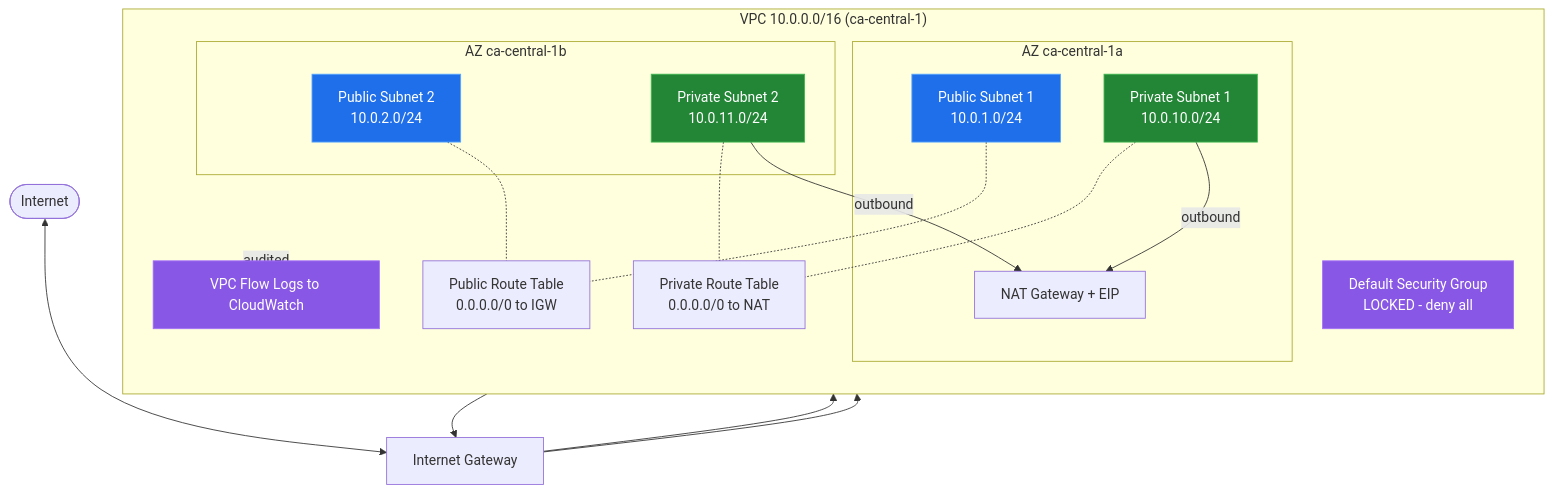
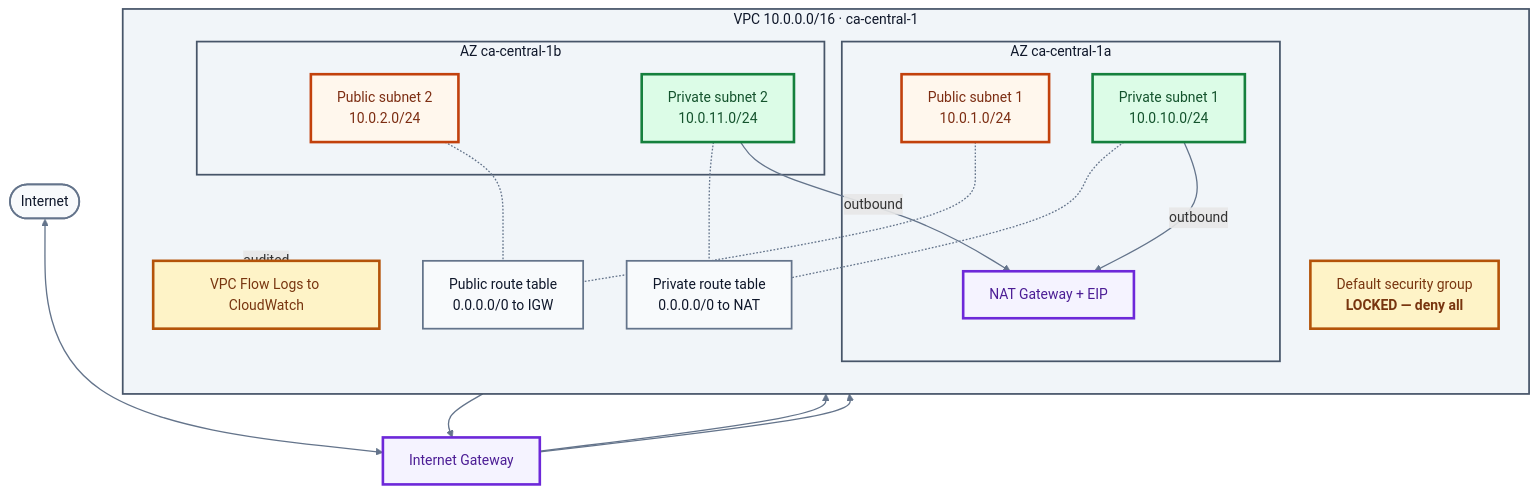
The diagram in README.md (sadvi11/aws-vpc-terraform), drawn with Mermaid before and after one commit.

Commit message:
docs: make the architecture diagram readable on a phone and in both themes
Verified by rendering with mermaid-cli 11 in the light and dark themes, not
by eye.

Direction: long left-to-right chains render as hairlines on a narrow screen.
Those are now top-down.

Contrast: a node that pins a fill but lets its text colour default is legible
in only one of GitHub's two themes, and an unstyled node inherits whichever
theme the reader has. Every node now sets its own fill and text colour, edges
are pinned too, and subgraph labels take an explicit colour - white-on-pale
subgraph titles were invisible in dark mode.

````diff
--- a/README.md
+++ b/README.md
@@ -282,44 +282,51 @@
 ```mermaid
 flowchart TD
-    Internet([Internet])
-    IGW[Internet Gateway]
+    Internet(["Internet"])
+    IGW["Internet Gateway"]
     Internet <--> IGW
 
-    subgraph VPC["VPC 10.0.0.0/16 (ca-central-1)"]
+    subgraph VPC["VPC 10.0.0.0/16 · ca-central-1"]
         direction TB
 
         subgraph AZ1["AZ ca-central-1a"]
-            PubSub1["Public Subnet 1<br/>10.0.1.0/24"]
+            PubSub1["Public subnet 1<br/>10.0.1.0/24"]
             NAT["NAT Gateway + EIP"]
-            PrivSub1["Private Subnet 1<br/>10.0.10.0/24"]
+            PrivSub1["Private subnet 1<br/>10.0.10.0/24"]
         end
 
         subgraph AZ2["AZ ca-central-1b"]
-            PubSub2["Public Subnet 2<br/>10.0.2.0/24"]
-            PrivSub2["Private Subnet 2<br/>10.0.11.0/24"]
+            PubSub2["Public subnet 2<br/>10.0.2.0/24"]
+            PrivSub2["Private subnet 2<br/>10.0.11.0/24"]
         end
 
-        PubRT["Public Route Table<br/>0.0.0.0/0 to IGW"]
-        PrivRT["Private Route Table<br/>0.0.0.0/0 to NAT"]
-        SG["Default Security Group<br/>LOCKED - deny all"]
+        PubRT["Public route table<br/>0.0.0.0/0 to IGW"]
+        PrivRT["Private route table<br/>0.0.0.0/0 to NAT"]
+        SG["Default security group<br/><b>LOCKED — deny all</b>"]
         Flow["VPC Flow Logs to CloudWatch"]
     end
 
     IGW --> PubSub1
     IGW --> PubSub2
     PubSub1 -.- PubRT
     PubSub2 -.- PubRT
-    PrivSub1 -->|outbound| NAT
-    PrivSub2 -->|outbound| NAT
+    PrivSub1 -->|"outbound"| NAT
+    PrivSub2 -->|"outbound"| NAT
     NAT --> IGW
     PrivSub1 -.- PrivRT
     PrivSub2 -.- PrivRT
     VPC -.audited.-> Flow
 
-    classDef public fill:#1f6feb,stroke:#58a6ff,color:#fff;
-    classDef private fill:#238636,stroke:#3fb950,color:#fff;
-    classDef security fill:#8957e5,stroke:#a371f7,color:#fff;
-    class PubSub1,PubSub2 public;
-    class PrivSub1,PrivSub2 private;
-    class SG,Flow security;
+    linkStyle default stroke:#64748b,stroke-width:1.5px
+    classDef default fill:#f8fafc,stroke:#64748b,stroke-width:2px,color:#0f172a
+    classDef aws   fill:#fff7ed,stroke:#c2410c,stroke-width:3px,color:#7c2d12
+    classDef ci    fill:#f5f3ff,stroke:#6d28d9,stroke-width:3px,color:#4c1d95
+    classDef ok    fill:#dcfce7,stroke:#15803d,stroke-width:3px,color:#14532d
+    classDef warn  fill:#fef3c7,stroke:#b45309,stroke-width:3px,color:#78350f
+    class PubSub1,PubSub2 aws
+    class PrivSub1,PrivSub2 ok
+    class SG,Flow warn
+    class IGW,NAT ci
+    style VPC fill:#f1f5f9,stroke:#475569,stroke-width:2px,color:#0f172a
+    style AZ1 fill:#f1f5f9,stroke:#475569,stroke-width:2px,color:#0f172a
+    style AZ2 fill:#f1f5f9,stroke:#475569,stroke-width:2px,color:#0f172a
 ```
````
